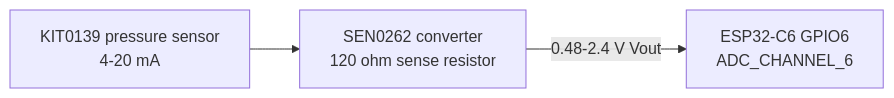
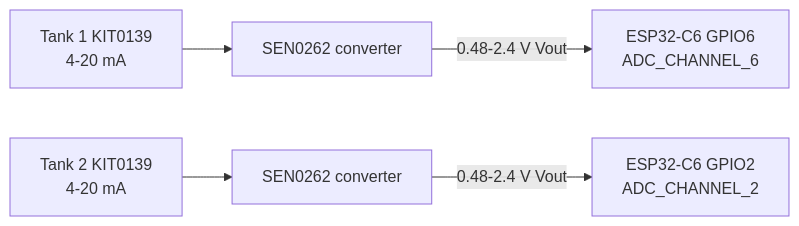
One commit to aknarts/depth_sensor changed the diagram in README.md. Above: the diagram before and after it, drawn with Mermaid. The commit also changed other lines of this file and 2 other files, not shown here.

````diff
--- a/README.md
+++ b/README.md
@@ -26,5 +27,7 @@
 ```mermaid
 flowchart LR
-    sensor["KIT0139 pressure sensor<br/>4-20 mA"] --> converter["SEN0262 converter<br/>120 ohm sense resistor"]
-    converter -->|"0.48-2.4 V Vout"| esp["ESP32-C6 GPIO6<br/>ADC_CHANNEL_6"]
+    sensor1["Tank 1 KIT0139<br/>4-20 mA"] --> converter1["SEN0262 converter"]
+    sensor2["Tank 2 KIT0139<br/>4-20 mA"] --> converter2["SEN0262 converter"]
+    converter1 -->|"0.48-2.4 V Vout"| gpio6["ESP32-C6 GPIO6<br/>ADC_CHANNEL_6"]
+    converter2 -->|"0.48-2.4 V Vout"| gpio2["ESP32-C6 GPIO2<br/>ADC_CHANNEL_2"]
 ```
````
